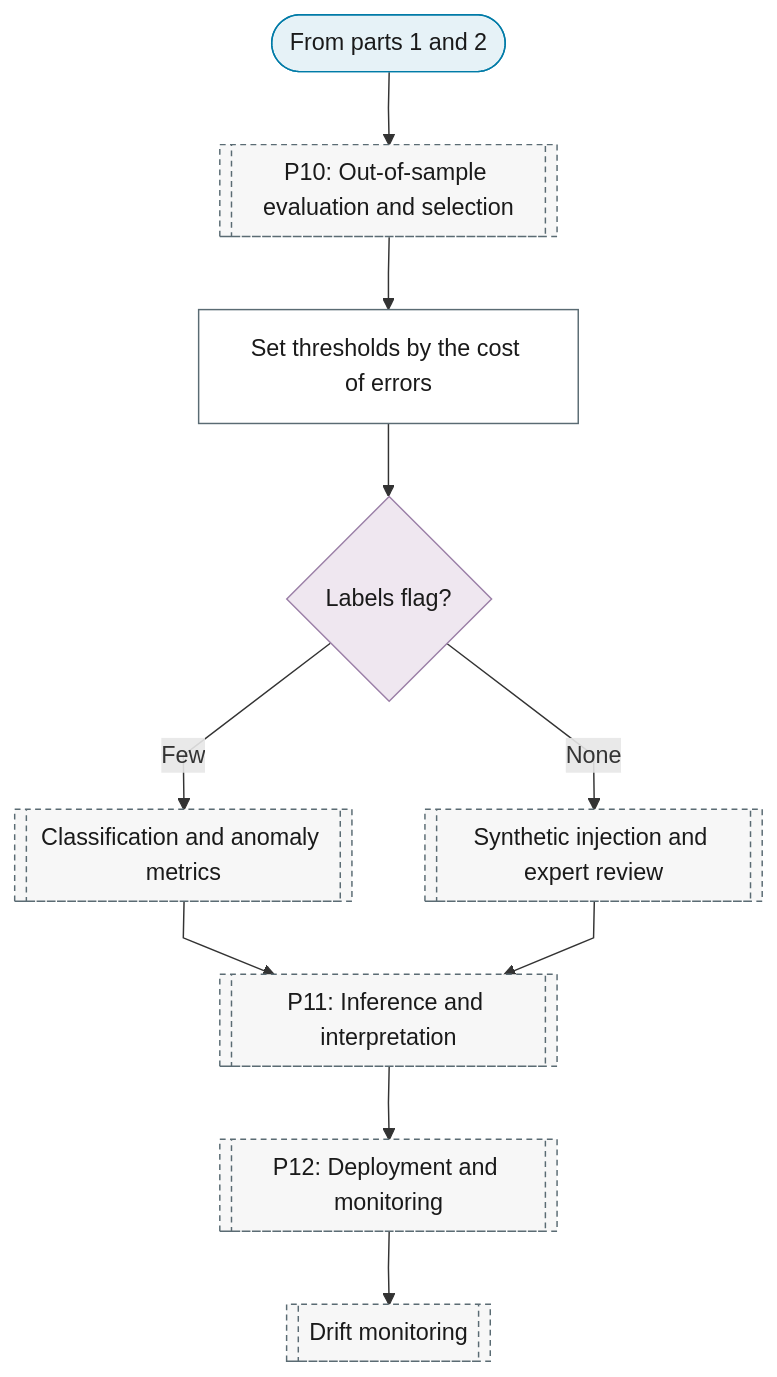
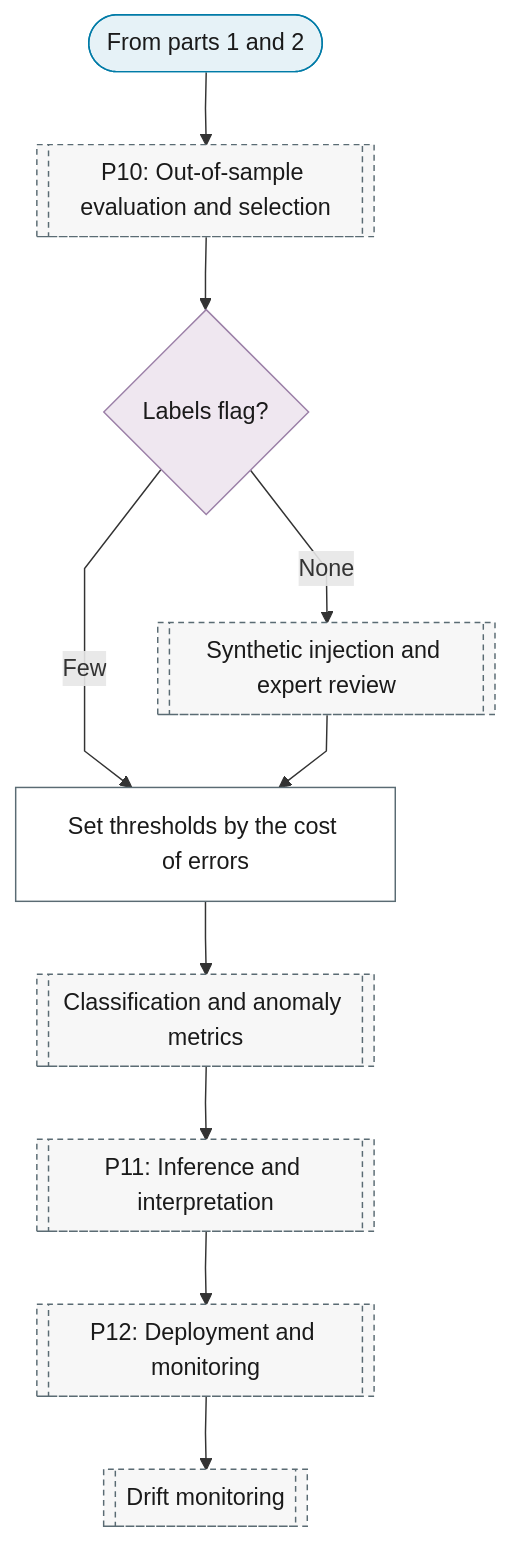
One commit to Shuxin-Y/time-series-analysis-manual changed the third of 3 diagrams in docs/01-workflow/p00-purpose/05-anomaly-regime-detection.md. Above: the diagram before and after it, drawn with Mermaid. The commit also changed other lines of this file and 12 other files, not shown here.

````diff
--- a/docs/01-workflow/p00-purpose/05-anomaly-regime-detection.md
+++ b/docs/01-workflow/p00-purpose/05-anomaly-regime-detection.md
@@ -73,24 +73,25 @@
 ```mermaid
 %%{init: {"flowchart": {"curve": "linear"}}}%%
 graph TD
     P0_AN_PART_3_IN(["From parts 1 and 2"]) --> P10[["P10: Out-of-sample evaluation and selection"]]
-    P10 --> P0_AN_THRESHOLD["Set thresholds by the cost of errors"]
-    P0_AN_THRESHOLD --> P0_AN_LABELS{"Labels flag?"}
-    P0_AN_LABELS -->|"Few"| P10_CLASSIFICATION_METRICS[["Classification and anomaly metrics"]]
+    P10 --> P0_AN_LABELS{"Labels flag?"}
+    P0_AN_LABELS -->|"Few"| P0_AN_THRESHOLD["Set thresholds by the cost of errors"]
     P0_AN_LABELS -->|"None"| P10_UNLABELLED[["Synthetic injection and expert review"]]
-    P10_CLASSIFICATION_METRICS & P10_UNLABELLED --> P11[["P11: Inference and interpretation"]]
+    P10_UNLABELLED --> P0_AN_THRESHOLD
+    P0_AN_THRESHOLD --> P10_CLASSIFICATION_METRICS[["Classification and anomaly metrics"]]
+    P10_CLASSIFICATION_METRICS --> P11[["P11: Inference and interpretation"]]
     P11 --> P12[["P12: Deployment and monitoring"]]
     P12 --> P12_DRIFT_MONITORING[["Drift monitoring"]]
     class P0_AN_PART_3_IN terminator
     class P0_AN_LABELS decision
     class P0_AN_THRESHOLD process
     class P10,P10_CLASSIFICATION_METRICS,P10_UNLABELLED,P11,P12,P12_DRIFT_MONITORING ref
     classDef terminator fill:#E6F2F7,stroke:#007BA7,color:#1A1A1A;
     classDef process fill:#FFFFFF,stroke:#5A6B73,color:#1A1A1A;
     classDef decision fill:#EFE7F0,stroke:#9B7FA7,color:#1A1A1A;
     classDef data fill:#FFF4E0,stroke:#C9A55E,color:#1A1A1A;
     classDef good fill:#DCEFD8,stroke:#4A7A3F,color:#1A1A1A;
     classDef escalate fill:#FFE9C2,stroke:#C9A55E,color:#1A1A1A;
     classDef problem fill:#F2D9DE,stroke:#800020,color:#1A1A1A;
     classDef ref fill:#F7F7F7,stroke:#5A6B73,color:#1A1A1A,stroke-dasharray:4 3;
 ```
````
